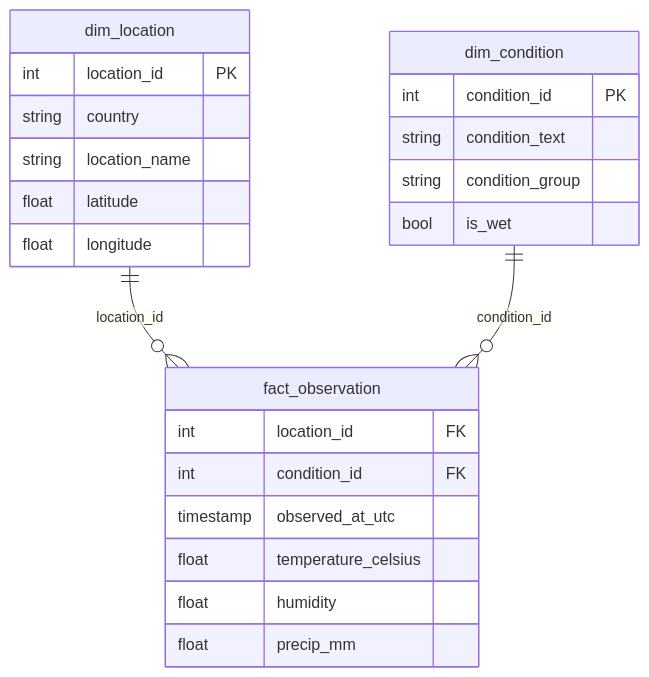
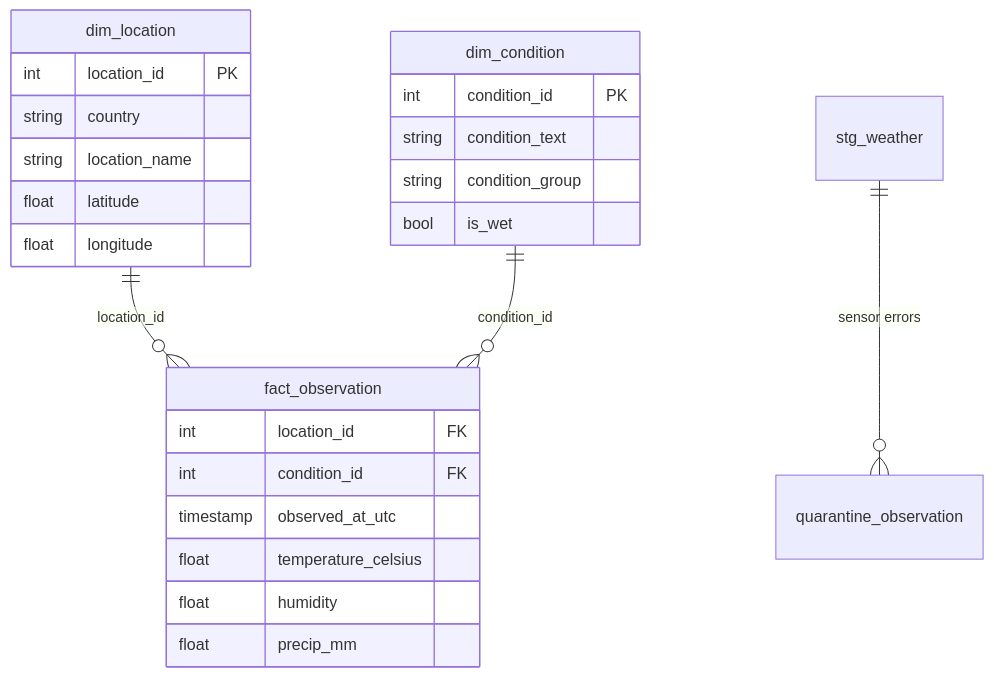
Before and after one commit to MaHmOuDeB/weather-sql-pipeline: the diagram in README.md, drawn with Mermaid. The commit also changed other lines of this file and 10 other files, not shown here.

Commit message:
Quarantine sensor errors, cluster bootstrap, dummy baseline, NULL checks, safer pipeline, corrected README

````diff
--- a/README.md
+++ b/README.md
@@ -29,20 +33,21 @@
 ```mermaid
 erDiagram
     dim_location ||--o{ fact_observation : "location_id"
     dim_condition ||--o{ fact_observation : "condition_id"
+    stg_weather ||--o{ quarantine_observation : "sensor errors"
     dim_location { int location_id PK
         string country
         string location_name
         float latitude
         float longitude }
     dim_condition { int condition_id PK
         string condition_text
         string condition_group
         bool is_wet }
     fact_observation { int location_id FK
         int condition_id FK
         timestamp observed_at_utc
         float temperature_celsius
         float humidity
         float precip_mm }
 ```
````
